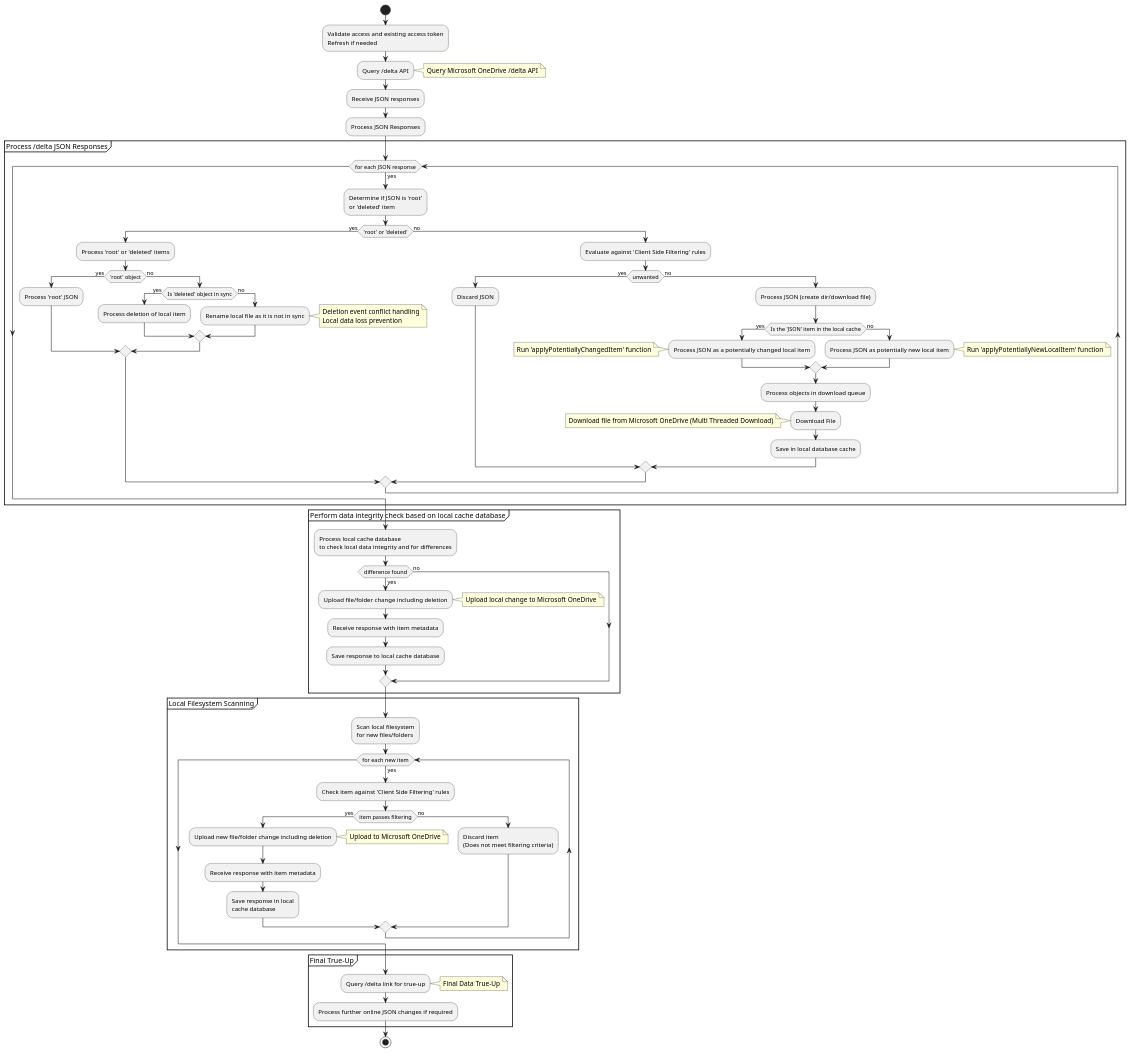
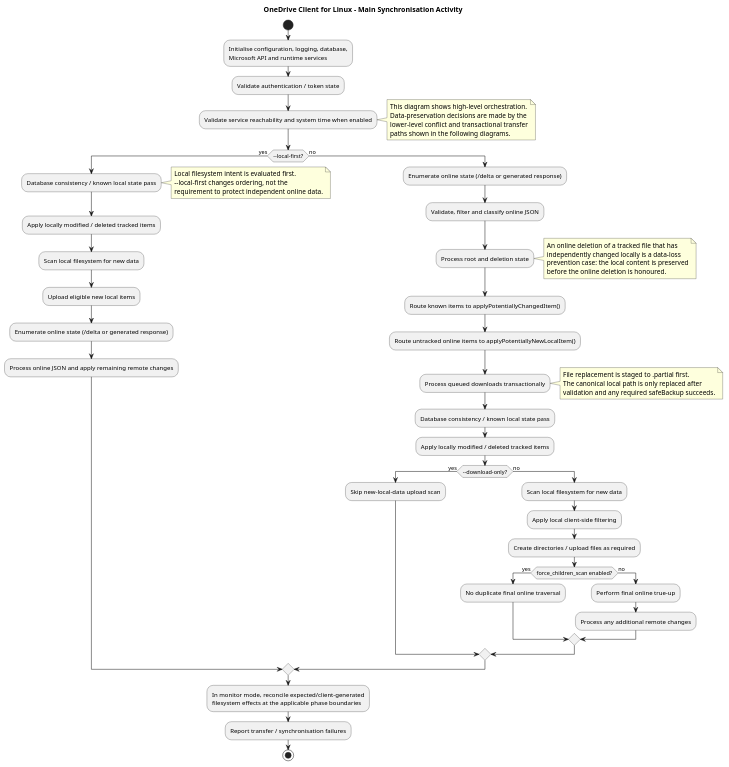
One commit to abraunegg/onedrive changed the diagram in docs/puml/main_activity_flows.puml. Above: the diagram before and after it, drawn with PlantUML. The commit also changed 46 other files, not shown here.

First line of the commit message:
Update architecture documentation (#3870)

```diff
--- a/docs/puml/main_activity_flows.puml
+++ b/docs/puml/main_activity_flows.puml
@@ -1,81 +1,68 @@
 @startuml
-
+title OneDrive Client for Linux - Main Synchronisation Activity
 start
 
-:Validate access and existing access token\nRefresh if needed;
+:Initialise configuration, logging, database,\nMicrosoft API and runtime services;
+:Validate authentication / token state;
+:Validate service reachability and system time when enabled;
+note right
+  This diagram shows high-level orchestration.
+  Data-preservation decisions are made by the
+  lower-level conflict and transactional transfer
+  paths shown in the following diagrams.
+end note
 
-:Query /delta API;
-note right: Query Microsoft OneDrive /delta API
-:Receive JSON responses;
+if (~--local-first?) then (yes)
+  :Database consistency / known local state pass;
+  note right
+    Local filesystem intent is evaluated first.
+    ~--local-first changes ordering, not the
+    requirement to protect independent online data.
+  end note
+  :Apply locally modified / deleted tracked items;
+  :Scan local filesystem for new data;
+  :Upload eligible new local items;
+  :Enumerate online state (/delta or generated response);
+  :Process online JSON and apply remaining remote changes;
+else (no)
+  :Enumerate online state (/delta or generated response);
+  :Validate, filter and classify online JSON;
+  :Process root and deletion state;
+  note right
+    An online deletion of a tracked file that has
+    independently changed locally is a data-loss
+    prevention case: the local content is preserved
+    before the online deletion is honoured.
+  end note
+  :Route known items to applyPotentiallyChangedItem();
+  :Route untracked online items to applyPotentiallyNewLocalItem();
+  :Process queued downloads transactionally;
+  note right
+    File replacement is staged to .partial first.
+    The canonical local path is only replaced after
+    validation and any required safeBackup succeeds.
+  end note
 
-:Process JSON Responses;
-partition "Process /delta JSON Responses" {
-    while (for each JSON response) is (yes)
-        :Determine if JSON is 'root'\nor 'deleted' item;
-        if ('root' or 'deleted') then (yes)
-            :Process 'root' or 'deleted' items;
-            if ('root' object) then (yes)
-                :Process 'root' JSON;
-            else (no)
-                if (Is 'deleted' object in sync) then (yes)
-                    :Process deletion of local item;
-                else (no)
-                    :Rename local file as it is not in sync;
-                    note right: Deletion event conflict handling\nLocal data loss prevention
-                endif
-            endif
-        else (no)
-            :Evaluate against 'Client Side Filtering' rules;
-            if (unwanted) then (yes)
-                :Discard JSON;
-            else (no)
-                :Process JSON (create dir/download file);
-                if (Is the 'JSON' item in the local cache) then (yes)
-                  :Process JSON as a potentially changed local item;
-                  note left: Run 'applyPotentiallyChangedItem' function
-                else (no)
-                  :Process JSON as potentially new local item;
-                  note right:  Run 'applyPotentiallyNewLocalItem' function
-                endif
-                :Process objects in download queue;
-                :Download File;
-                note left: Download file from Microsoft OneDrive (Multi Threaded Download)
-                :Save in local database cache;
-            endif
-        endif
-    endwhile
-}
+  :Database consistency / known local state pass;
+  :Apply locally modified / deleted tracked items;
 
-partition "Perform data integrity check based on local cache database" {
-  :Process local cache database\nto check local data integrity and for differences;
-  if (difference found) then (yes)
-      :Upload file/folder change including deletion;
-      note right: Upload local change to Microsoft OneDrive
-      :Receive response with item metadata;
-      :Save response to local cache database;
+  if (~--download-only?) then (yes)
+    :Skip new-local-data upload scan;
   else (no)
+    :Scan local filesystem for new data;
+    :Apply local client-side filtering;
+    :Create directories / upload files as required;
+
+    if (force_children_scan enabled?) then (yes)
+      :No duplicate final online traversal;
+    else (no)
+      :Perform final online true-up;
+      :Process any additional remote changes;
+    endif
   endif
-}
+endif
 
-partition "Local Filesystem Scanning" {
-  :Scan local filesystem\nfor new files/folders;
-    while (for each new item) is (yes)
-        :Check item against 'Client Side Filtering' rules;
-        if (item passes filtering) then (yes)
-            :Upload new file/folder change including deletion;
-            note right: Upload to Microsoft OneDrive
-            :Receive response with item metadata;
-            :Save response in local\ncache database;
-        else (no)
-            :Discard item\n(Does not meet filtering criteria);
-        endif
-    endwhile
-}
-
-partition "Final True-Up" {
-  :Query /delta link for true-up;
-  note right: Final Data True-Up
-  :Process further online JSON changes if required;
-}
+:In monitor mode, reconcile expected/client-generated\nfilesystem effects at the applicable phase boundaries;
+:Report transfer / synchronisation failures;
 stop
 @enduml
```
